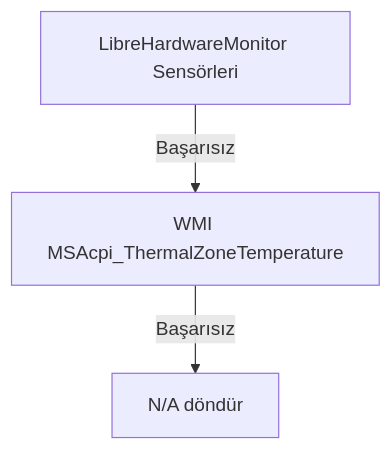
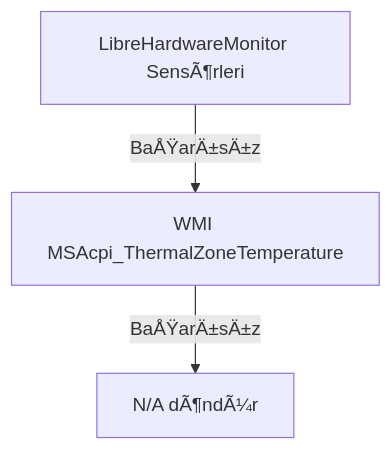
Before and after one commit to siklone/RegProbe: the first of 7 diagrams in Docs/ARCHITECTURE_DEEP_DIVE.md, drawn with Mermaid. The commit also changed other lines of this file and 66 other files, not shown here.

````diff
--- a/Docs/ARCHITECTURE_DEEP_DIVE.md
+++ b/Docs/ARCHITECTURE_DEEP_DIVE.md
@@ -66,5 +66,5 @@
 ```mermaid
 graph TD
-    A[LibreHardwareMonitor Sensörleri] -->|Başarısız| B[WMI MSAcpi_ThermalZoneTemperature]
-    B -->|Başarısız| C["N/A" döndür]
+    A[LibreHardwareMonitor SensÃ¶rleri] -->|BaÅŸarÄ±sÄ±z| B[WMI MSAcpi_ThermalZoneTemperature]
+    B -->|BaÅŸarÄ±sÄ±z| C["N/A" dÃ¶ndÃ¼r]
 ```
````
